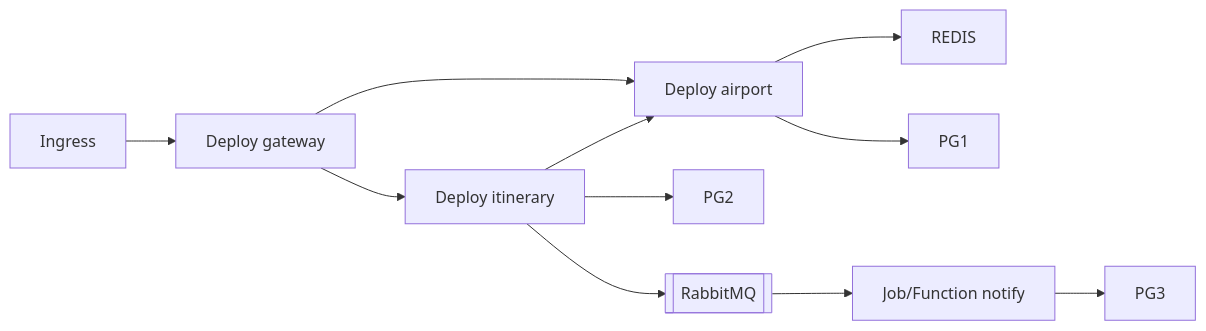
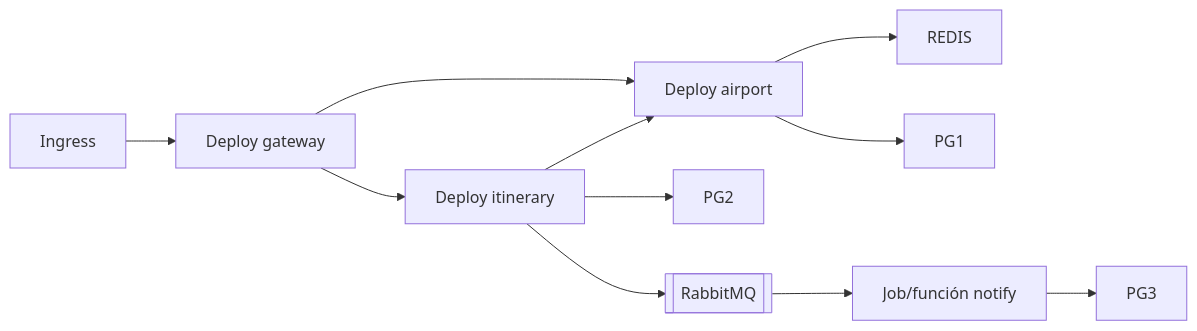
One commit to bue221/proyecto-arquitectura-software-emergente changed the second of 2 diagrams in wiki/Diagrams-deployment.md. Above: the diagram before and after it, drawn with Mermaid. The commit also changed other lines of this file and 38 other files, not shown here.

````diff
--- a/wiki/Diagrams-deployment.md
+++ b/wiki/Diagrams-deployment.md
@@ -50,14 +50,14 @@
 ```mermaid
 flowchart LR
   ING[Ingress] --> GW[Deploy gateway]
   GW --> AIR[Deploy airport]
   GW --> ITI[Deploy itinerary]
   ITI --> AIR
   AIR --> REDIS
   ITI --> PG2
   AIR --> PG1
-  FAAS[Job/Function notify] --> PG3
+  FAAS[Job/función notify] --> PG3
   RMQ[[RabbitMQ]]
   ITI --> RMQ
   RMQ --> FAAS
 ```
````
